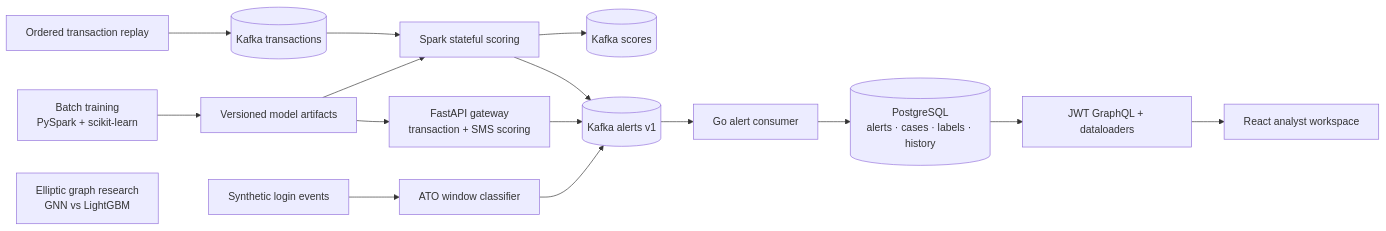
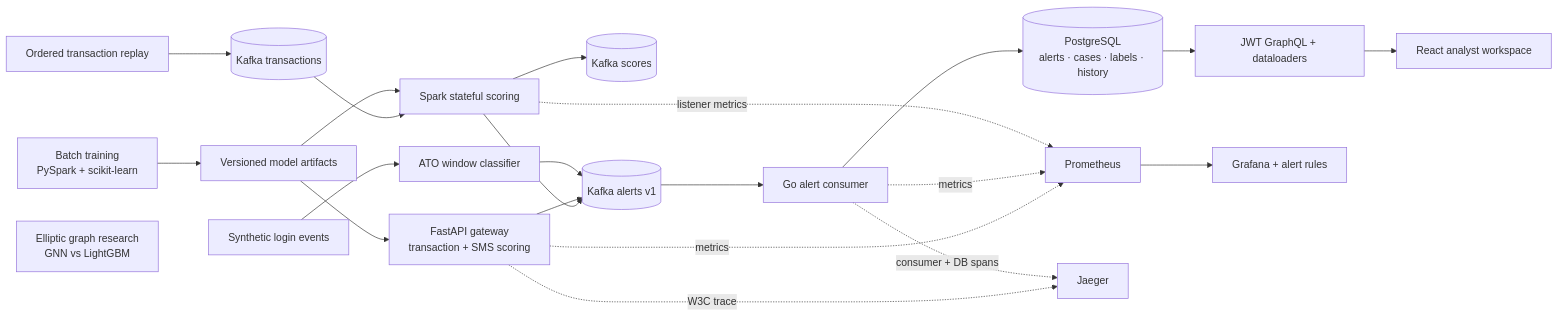
Before and after one commit to kianbqh/sentinel-risk-platform: the diagram in README.md, drawn with Mermaid. The commit also changed other lines of this file and 59 other files, not shown here.

````diff
--- a/README.md
+++ b/README.md
@@ -7,18 +7,24 @@
 ```mermaid
 flowchart LR
     B[Batch training<br/>PySpark + scikit-learn] --> M[Versioned model artifacts]
     M --> G[FastAPI gateway<br/>transaction + SMS scoring]
     T[Ordered transaction replay] --> K[(Kafka transactions)]
     K --> S[Spark stateful scoring]
     M --> S
     S --> Q[(Kafka scores)]
     S --> A[(Kafka alerts v1)]
     G --> A
     L[Synthetic login events] --> D[ATO window classifier]
     D --> A
     A --> C[Go alert consumer]
     C --> P[(PostgreSQL<br/>alerts · cases · labels · history)]
     P --> H[JWT GraphQL + dataloaders]
     H --> U[React analyst workspace]
     R[Elliptic graph research<br/>GNN vs LightGBM]
+    G -. metrics .-> O[Prometheus]
+    C -. metrics .-> O
+    S -. listener metrics .-> O
+    O --> V[Grafana + alert rules]
+    G -. W3C trace .-> J[Jaeger]
+    C -. consumer + DB spans .-> J
 ```
````
